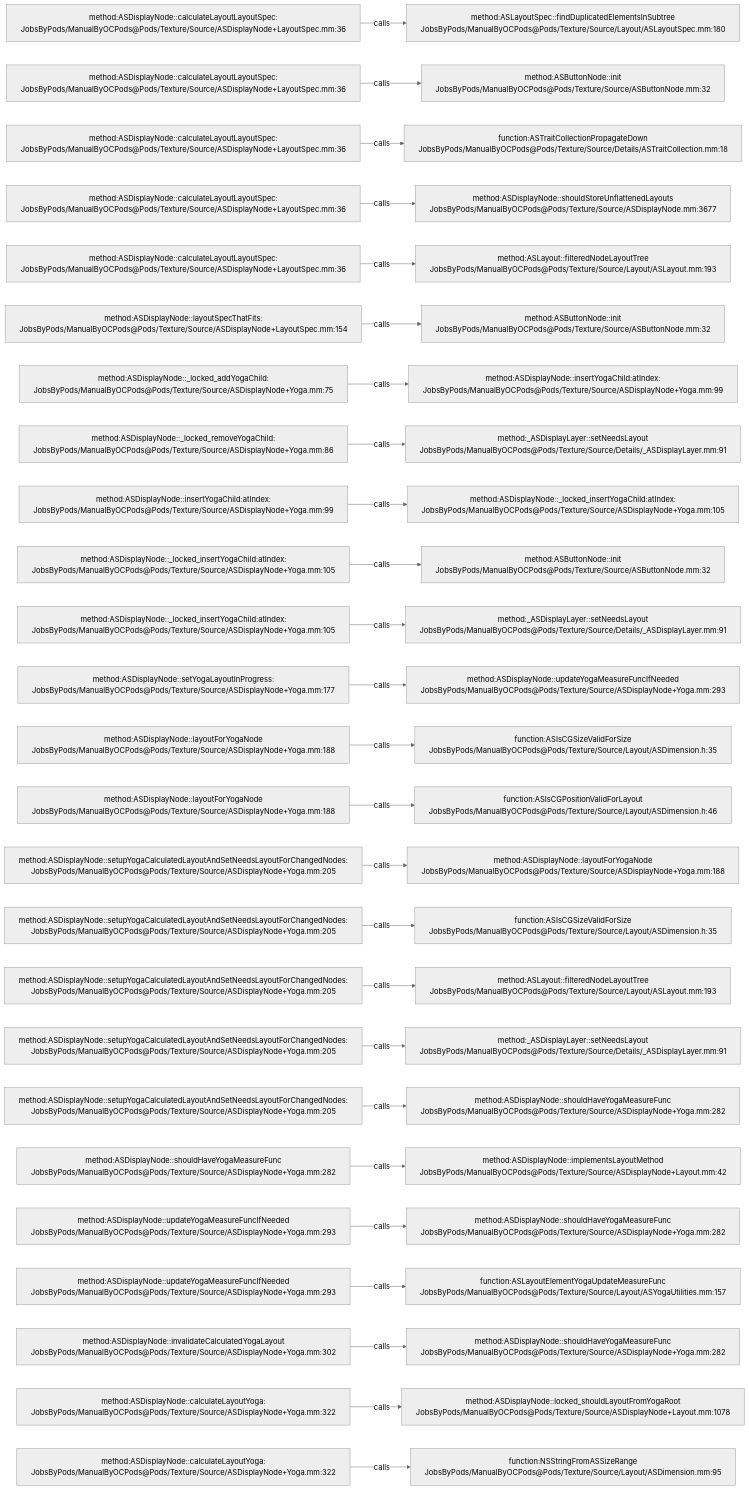
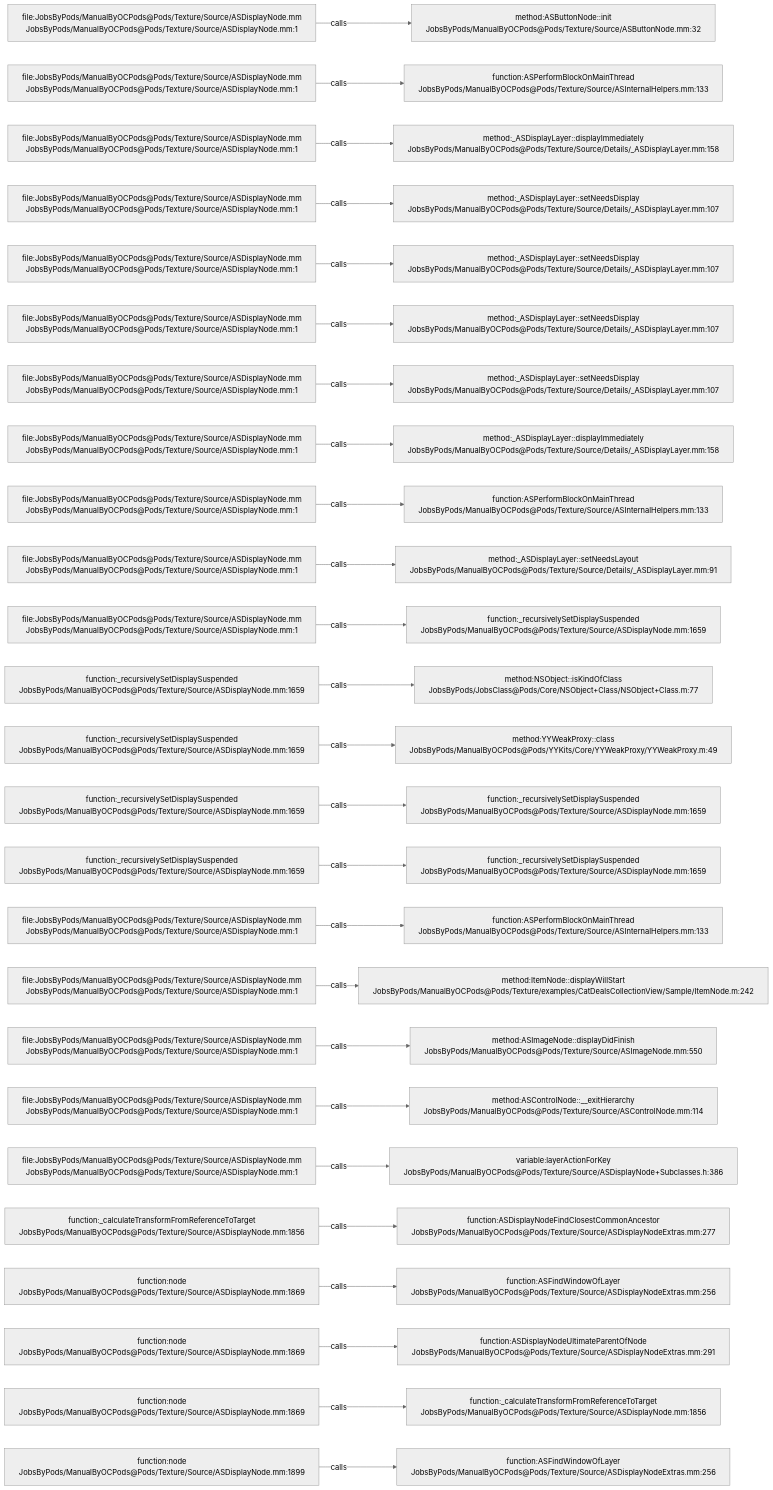
One commit to JobsKits/JobsOCBaseConfigDemo changed the diagram in .codegraph/codegraph.md/graphs/calls-092.md. Above: the diagram before and after it, drawn with Mermaid (neutral theme). The commit also changed 1448 other files, not shown here.

````diff
--- a/.codegraph/codegraph.md/graphs/calls-092.md
+++ b/.codegraph/codegraph.md/graphs/calls-092.md
@@ -13,78 +13,78 @@
 ```mermaid
 flowchart LR
-  S1["method:ASDisplayNode::calculateLayoutLayoutSpec:<br/>JobsByPods/ManualByOCPods@Pods/Texture/Source/ASDisplayNode+LayoutSpec.mm:36"]
-  T1["method:ASLayoutSpec::findDuplicatedElementsInSubtree<br/>JobsByPods/ManualByOCPods@Pods/Texture/Source/Layout/ASLayoutSpec.mm:180"]
+  S1["file:JobsByPods/ManualByOCPods@Pods/Texture/Source/ASDisplayNode.mm<br/>JobsByPods/ManualByOCPods@Pods/Texture/Source/ASDisplayNode.mm:1"]
+  T1["method:ASButtonNode::init<br/>JobsByPods/ManualByOCPods@Pods/Texture/Source/ASButtonNode.mm:32"]
   S1 -->|calls| T1
-  S2["method:ASDisplayNode::calculateLayoutLayoutSpec:<br/>JobsByPods/ManualByOCPods@Pods/Texture/Source/ASDisplayNode+LayoutSpec.mm:36"]
-  T2["method:ASButtonNode::init<br/>JobsByPods/ManualByOCPods@Pods/Texture/Source/ASButtonNode.mm:32"]
+  S2["file:JobsByPods/ManualByOCPods@Pods/Texture/Source/ASDisplayNode.mm<br/>JobsByPods/ManualByOCPods@Pods/Texture/Source/ASDisplayNode.mm:1"]
+  T2["function:ASPerformBlockOnMainThread<br/>JobsByPods/ManualByOCPods@Pods/Texture/Source/ASInternalHelpers.mm:133"]
   S2 -->|calls| T2
-  S3["method:ASDisplayNode::calculateLayoutLayoutSpec:<br/>JobsByPods/ManualByOCPods@Pods/Texture/Source/ASDisplayNode+LayoutSpec.mm:36"]
-  T3["function:ASTraitCollectionPropagateDown<br/>JobsByPods/ManualByOCPods@Pods/Texture/Source/Details/ASTraitCollection.mm:18"]
+  S3["file:JobsByPods/ManualByOCPods@Pods/Texture/Source/ASDisplayNode.mm<br/>JobsByPods/ManualByOCPods@Pods/Texture/Source/ASDisplayNode.mm:1"]
+  T3["method:_ASDisplayLayer::displayImmediately<br/>JobsByPods/ManualByOCPods@Pods/Texture/Source/Details/_ASDisplayLayer.mm:158"]
   S3 -->|calls| T3
-  S4["method:ASDisplayNode::calculateLayoutLayoutSpec:<br/>JobsByPods/ManualByOCPods@Pods/Texture/Source/ASDisplayNode+LayoutSpec.mm:36"]
-  T4["method:ASDisplayNode::shouldStoreUnflattenedLayouts<br/>JobsByPods/ManualByOCPods@Pods/Texture/Source/ASDisplayNode.mm:3677"]
+  S4["file:JobsByPods/ManualByOCPods@Pods/Texture/Source/ASDisplayNode.mm<br/>JobsByPods/ManualByOCPods@Pods/Texture/Source/ASDisplayNode.mm:1"]
+  T4["method:_ASDisplayLayer::setNeedsDisplay<br/>JobsByPods/ManualByOCPods@Pods/Texture/Source/Details/_ASDisplayLayer.mm:107"]
   S4 -->|calls| T4
-  S5["method:ASDisplayNode::calculateLayoutLayoutSpec:<br/>JobsByPods/ManualByOCPods@Pods/Texture/Source/ASDisplayNode+LayoutSpec.mm:36"]
-  T5["method:ASLayout::filteredNodeLayoutTree<br/>JobsByPods/ManualByOCPods@Pods/Texture/Source/Layout/ASLayout.mm:193"]
+  S5["file:JobsByPods/ManualByOCPods@Pods/Texture/Source/ASDisplayNode.mm<br/>JobsByPods/ManualByOCPods@Pods/Texture/Source/ASDisplayNode.mm:1"]
+  T5["method:_ASDisplayLayer::setNeedsDisplay<br/>JobsByPods/ManualByOCPods@Pods/Texture/Source/Details/_ASDisplayLayer.mm:107"]
   S5 -->|calls| T5
-  S6["method:ASDisplayNode::layoutSpecThatFits:<br/>JobsByPods/ManualByOCPods@Pods/Texture/Source/ASDisplayNode+LayoutSpec.mm:154"]
-  T6["method:ASButtonNode::init<br/>JobsByPods/ManualByOCPods@Pods/Texture/Source/ASButtonNode.mm:32"]
+  S6["file:JobsByPods/ManualByOCPods@Pods/Texture/Source/ASDisplayNode.mm<br/>JobsByPods/ManualByOCPods@Pods/Texture/Source/ASDisplayNode.mm:1"]
+  T6["method:_ASDisplayLayer::setNeedsDisplay<br/>JobsByPods/ManualByOCPods@Pods/Texture/Source/Details/_ASDisplayLayer.mm:107"]
   S6 -->|calls| T6
-  S7["method:ASDisplayNode::_locked_addYogaChild:<br/>JobsByPods/ManualByOCPods@Pods/Texture/Source/ASDisplayNode+Yoga.mm:75"]
-  T7["method:ASDisplayNode::insertYogaChild:atIndex:<br/>JobsByPods/ManualByOCPods@Pods/Texture/Source/ASDisplayNode+Yoga.mm:99"]
+  S7["file:JobsByPods/ManualByOCPods@Pods/Texture/Source/ASDisplayNode.mm<br/>JobsByPods/ManualByOCPods@Pods/Texture/Source/ASDisplayNode.mm:1"]
+  T7["method:_ASDisplayLayer::setNeedsDisplay<br/>JobsByPods/ManualByOCPods@Pods/Texture/Source/Details/_ASDisplayLayer.mm:107"]
   S7 -->|calls| T7
-  S8["method:ASDisplayNode::_locked_removeYogaChild:<br/>JobsByPods/ManualByOCPods@Pods/Texture/Source/ASDisplayNode+Yoga.mm:86"]
-  T8["method:_ASDisplayLayer::setNeedsLayout<br/>JobsByPods/ManualByOCPods@Pods/Texture/Source/Details/_ASDisplayLayer.mm:91"]
+  S8["file:JobsByPods/ManualByOCPods@Pods/Texture/Source/ASDisplayNode.mm<br/>JobsByPods/ManualByOCPods@Pods/Texture/Source/ASDisplayNode.mm:1"]
+  T8["method:_ASDisplayLayer::displayImmediately<br/>JobsByPods/ManualByOCPods@Pods/Texture/Source/Details/_ASDisplayLayer.mm:158"]
   S8 -->|calls| T8
-  S9["method:ASDisplayNode::insertYogaChild:atIndex:<br/>JobsByPods/ManualByOCPods@Pods/Texture/Source/ASDisplayNode+Yoga.mm:99"]
-  T9["method:ASDisplayNode::_locked_insertYogaChild:atIndex:<br/>JobsByPods/ManualByOCPods@Pods/Texture/Source/ASDisplayNode+Yoga.mm:105"]
+  S9["file:JobsByPods/ManualByOCPods@Pods/Texture/Source/ASDisplayNode.mm<br/>JobsByPods/ManualByOCPods@Pods/Texture/Source/ASDisplayNode.mm:1"]
+  T9["function:ASPerformBlockOnMainThread<br/>JobsByPods/ManualByOCPods@Pods/Texture/Source/ASInternalHelpers.mm:133"]
   S9 -->|calls| T9
-  S10["method:ASDisplayNode::_locked_insertYogaChild:atIndex:<br/>JobsByPods/ManualByOCPods@Pods/Texture/Source/ASDisplayNode+Yoga.mm:105"]
-  T10["method:ASButtonNode::init<br/>JobsByPods/ManualByOCPods@Pods/Texture/Source/ASButtonNode.mm:32"]
+  S10["file:JobsByPods/ManualByOCPods@Pods/Texture/Source/ASDisplayNode.mm<br/>JobsByPods/ManualByOCPods@Pods/Texture/Source/ASDisplayNode.mm:1"]
+  T10["method:_ASDisplayLayer::setNeedsLayout<br/>JobsByPods/ManualByOCPods@Pods/Texture/Source/Details/_ASDisplayLayer.mm:91"]
   S10 -->|calls| T10
-  S11["method:ASDisplayNode::_locked_insertYogaChild:atIndex:<br/>JobsByPods/ManualByOCPods@Pods/Texture/Source/ASDisplayNode+Yoga.mm:105"]
-  T11["method:_ASDisplayLayer::setNeedsLayout<br/>JobsByPods/ManualByOCPods@Pods/Texture/Source/Details/_ASDisplayLayer.mm:91"]
+  S11["file:JobsByPods/ManualByOCPods@Pods/Texture/Source/ASDisplayNode.mm<br/>JobsByPods/ManualByOCPods@Pods/Texture/Source/ASDisplayNode.mm:1"]
+  T11["function:_recursivelySetDisplaySuspended<br/>JobsByPods/ManualByOCPods@Pods/Texture/Source/ASDisplayNode.mm:1659"]
   S11 -->|calls| T11
-  S12["method:ASDisplayNode::setYogaLayoutInProgress:<br/>JobsByPods/ManualByOCPods@Pods/Texture/Source/ASDisplayNode+Yoga.mm:177"]
-  T12["method:ASDisplayNode::updateYogaMeasureFuncIfNeeded<br/>JobsByPods/ManualByOCPods@Pods/Texture/Source/ASDisplayNode+Yoga.mm:293"]
+  S12["function:_recursivelySetDisplaySuspended<br/>JobsByPods/ManualByOCPods@Pods/Texture/Source/ASDisplayNode.mm:1659"]
+  T12["method:NSObject::isKindOfClass<br/>JobsByPods/JobsClass@Pods/Core/NSObject+Class/NSObject+Class.m:77"]
   S12 -->|calls| T12
-  S13["method:ASDisplayNode::layoutForYogaNode<br/>JobsByPods/ManualByOCPods@Pods/Texture/Source/ASDisplayNode+Yoga.mm:188"]
-  T13["function:ASIsCGSizeValidForSize<br/>JobsByPods/ManualByOCPods@Pods/Texture/Source/Layout/ASDimension.h:35"]
+  S13["function:_recursivelySetDisplaySuspended<br/>JobsByPods/ManualByOCPods@Pods/Texture/Source/ASDisplayNode.mm:1659"]
+  T13["method:YYWeakProxy::class<br/>JobsByPods/ManualByOCPods@Pods/YYKits/Core/YYWeakProxy/YYWeakProxy.m:49"]
   S13 -->|calls| T13
-  S14["method:ASDisplayNode::layoutForYogaNode<br/>JobsByPods/ManualByOCPods@Pods/Texture/Source/ASDisplayNode+Yoga.mm:188"]
-  T14["function:ASIsCGPositionValidForLayout<br/>JobsByPods/ManualByOCPods@Pods/Texture/Source/Layout/ASDimension.h:46"]
+  S14["function:_recursivelySetDisplaySuspended<br/>JobsByPods/ManualByOCPods@Pods/Texture/Source/ASDisplayNode.mm:1659"]
+  T14["function:_recursivelySetDisplaySuspended<br/>JobsByPods/ManualByOCPods@Pods/Texture/Source/ASDisplayNode.mm:1659"]
   S14 -->|calls| T14
-  S15["method:ASDisplayNode::setupYogaCalculatedLayoutAndSetNeedsLayoutForChangedNodes:<br/>JobsByPods/ManualByOCPods@Pods/Texture/Source/ASDisplayNode+Yoga.mm:205"]
-  T15["method:ASDisplayNode::layoutForYogaNode<br/>JobsByPods/ManualByOCPods@Pods/Texture/Source/ASDisplayNode+Yoga.mm:188"]
+  S15["function:_recursivelySetDisplaySuspended<br/>JobsByPods/ManualByOCPods@Pods/Texture/Source/ASDisplayNode.mm:1659"]
+  T15["function:_recursivelySetDisplaySuspended<br/>JobsByPods/ManualByOCPods@Pods/Texture/Source/ASDisplayNode.mm:1659"]
   S15 -->|calls| T15
-  S16["method:ASDisplayNode::setupYogaCalculatedLayoutAndSetNeedsLayoutForChangedNodes:<br/>JobsByPods/ManualByOCPods@Pods/Texture/Source/ASDisplayNode+Yoga.mm:205"]
-  T16["function:ASIsCGSizeValidForSize<br/>JobsByPods/ManualByOCPods@Pods/Texture/Source/Layout/ASDimension.h:35"]
+  S16["file:JobsByPods/ManualByOCPods@Pods/Texture/Source/ASDisplayNode.mm<br/>JobsByPods/ManualByOCPods@Pods/Texture/Source/ASDisplayNode.mm:1"]
+  T16["function:ASPerformBlockOnMainThread<br/>JobsByPods/ManualByOCPods@Pods/Texture/Source/ASInternalHelpers.mm:133"]
   S16 -->|calls| T16
-  S17["method:ASDisplayNode::setupYogaCalculatedLayoutAndSetNeedsLayoutForChangedNodes:<br/>JobsByPods/ManualByOCPods@Pods/Texture/Source/ASDisplayNode+Yoga.mm:205"]
-  T17["method:ASLayout::filteredNodeLayoutTree<br/>JobsByPods/ManualByOCPods@Pods/Texture/Source/Layout/ASLayout.mm:193"]
+  S17["file:JobsByPods/ManualByOCPods@Pods/Texture/Source/ASDisplayNode.mm<br/>JobsByPods/ManualByOCPods@Pods/Texture/Source/ASDisplayNode.mm:1"]
+  T17["method:ItemNode::displayWillStart<br/>JobsByPods/ManualByOCPods@Pods/Texture/examples/CatDealsCollectionView/Sample/ItemNode.m:242"]
   S17 -->|calls| T17
-  S18["method:ASDisplayNode::setupYogaCalculatedLayoutAndSetNeedsLayoutForChangedNodes:<br/>JobsByPods/ManualByOCPods@Pods/Texture/Source/ASDisplayNode+Yoga.mm:205"]
-  T18["method:_ASDisplayLayer::setNeedsLayout<br/>JobsByPods/ManualByOCPods@Pods/Texture/Source/Details/_ASDisplayLayer.mm:91"]
+  S18["file:JobsByPods/ManualByOCPods@Pods/Texture/Source/ASDisplayNode.mm<br/>JobsByPods/ManualByOCPods@Pods/Texture/Source/ASDisplayNode.mm:1"]
+  T18["method:ASImageNode::displayDidFinish<br/>JobsByPods/ManualByOCPods@Pods/Texture/Source/ASImageNode.mm:550"]
   S18 -->|calls| T18
-  S19["method:ASDisplayNode::setupYogaCalculatedLayoutAndSetNeedsLayoutForChangedNodes:<br/>JobsByPods/ManualByOCPods@Pods/Texture/Source/ASDisplayNode+Yoga.mm:205"]
-  T19["method:ASDisplayNode::shouldHaveYogaMeasureFunc<br/>JobsByPods/ManualByOCPods@Pods/Texture/Source/ASDisplayNode+Yoga.mm:282"]
+  S19["file:JobsByPods/ManualByOCPods@Pods/Texture/Source/ASDisplayNode.mm<br/>JobsByPods/ManualByOCPods@Pods/Texture/Source/ASDisplayNode.mm:1"]
+  T19["method:ASControlNode::__exitHierarchy<br/>JobsByPods/ManualByOCPods@Pods/Texture/Source/ASControlNode.mm:114"]
   S19 -->|calls| T19
-  S20["method:ASDisplayNode::shouldHaveYogaMeasureFunc<br/>JobsByPods/ManualByOCPods@Pods/Texture/Source/ASDisplayNode+Yoga.mm:282"]
-  T20["method:ASDisplayNode::implementsLayoutMethod<br/>JobsByPods/ManualByOCPods@Pods/Texture/Source/ASDisplayNode+Layout.mm:42"]
+  S20["file:JobsByPods/ManualByOCPods@Pods/Texture/Source/ASDisplayNode.mm<br/>JobsByPods/ManualByOCPods@Pods/Texture/Source/ASDisplayNode.mm:1"]
+  T20["variable:layerActionForKey<br/>JobsByPods/ManualByOCPods@Pods/Texture/Source/ASDisplayNode+Subclasses.h:386"]
   S20 -->|calls| T20
-  S21["method:ASDisplayNode::updateYogaMeasureFuncIfNeeded<br/>JobsByPods/ManualByOCPods@Pods/Texture/Source/ASDisplayNode+Yoga.mm:293"]
-  T21["method:ASDisplayNode::shouldHaveYogaMeasureFunc<br/>JobsByPods/ManualByOCPods@Pods/Texture/Source/ASDisplayNode+Yoga.mm:282"]
+  S21["function:_calculateTransformFromReferenceToTarget<br/>JobsByPods/ManualByOCPods@Pods/Texture/Source/ASDisplayNode.mm:1856"]
+  T21["function:ASDisplayNodeFindClosestCommonAncestor<br/>JobsByPods/ManualByOCPods@Pods/Texture/Source/ASDisplayNodeExtras.mm:277"]
   S21 -->|calls| T21
-  S22["method:ASDisplayNode::updateYogaMeasureFuncIfNeeded<br/>JobsByPods/ManualByOCPods@Pods/Texture/Source/ASDisplayNode+Yoga.mm:293"]
-  T22["function:ASLayoutElementYogaUpdateMeasureFunc<br/>JobsByPods/ManualByOCPods@Pods/Texture/Source/Layout/ASYogaUtilities.mm:157"]
+  S22["function:node<br/>JobsByPods/ManualByOCPods@Pods/Texture/Source/ASDisplayNode.mm:1869"]
+  T22["function:ASFindWindowOfLayer<br/>JobsByPods/ManualByOCPods@Pods/Texture/Source/ASDisplayNodeExtras.mm:256"]
   S22 -->|calls| T22
-  S23["method:ASDisplayNode::invalidateCalculatedYogaLayout<br/>JobsByPods/ManualByOCPods@Pods/Texture/Source/ASDisplayNode+Yoga.mm:302"]
-  T23["method:ASDisplayNode::shouldHaveYogaMeasureFunc<br/>JobsByPods/ManualByOCPods@Pods/Texture/Source/ASDisplayNode+Yoga.mm:282"]
+  S23["function:node<br/>JobsByPods/ManualByOCPods@Pods/Texture/Source/ASDisplayNode.mm:1869"]
+  T23["function:ASDisplayNodeUltimateParentOfNode<br/>JobsByPods/ManualByOCPods@Pods/Texture/Source/ASDisplayNodeExtras.mm:291"]
   S23 -->|calls| T23
-  S24["method:ASDisplayNode::calculateLayoutYoga:<br/>JobsByPods/ManualByOCPods@Pods/Texture/Source/ASDisplayNode+Yoga.mm:322"]
-  T24["method:ASDisplayNode::locked_shouldLayoutFromYogaRoot<br/>JobsByPods/ManualByOCPods@Pods/Texture/Source/ASDisplayNode+Layout.mm:1078"]
+  S24["function:node<br/>JobsByPods/ManualByOCPods@Pods/Texture/Source/ASDisplayNode.mm:1869"]
+  T24["function:_calculateTransformFromReferenceToTarget<br/>JobsByPods/ManualByOCPods@Pods/Texture/Source/ASDisplayNode.mm:1856"]
   S24 -->|calls| T24
-  S25["method:ASDisplayNode::calculateLayoutYoga:<br/>JobsByPods/ManualByOCPods@Pods/Texture/Source/ASDisplayNode+Yoga.mm:322"]
-  T25["function:NSStringFromASSizeRange<br/>JobsByPods/ManualByOCPods@Pods/Texture/Source/Layout/ASDimension.mm:95"]
+  S25["function:node<br/>JobsByPods/ManualByOCPods@Pods/Texture/Source/ASDisplayNode.mm:1899"]
+  T25["function:ASFindWindowOfLayer<br/>JobsByPods/ManualByOCPods@Pods/Texture/Source/ASDisplayNodeExtras.mm:256"]
   S25 -->|calls| T25
 ```
````
